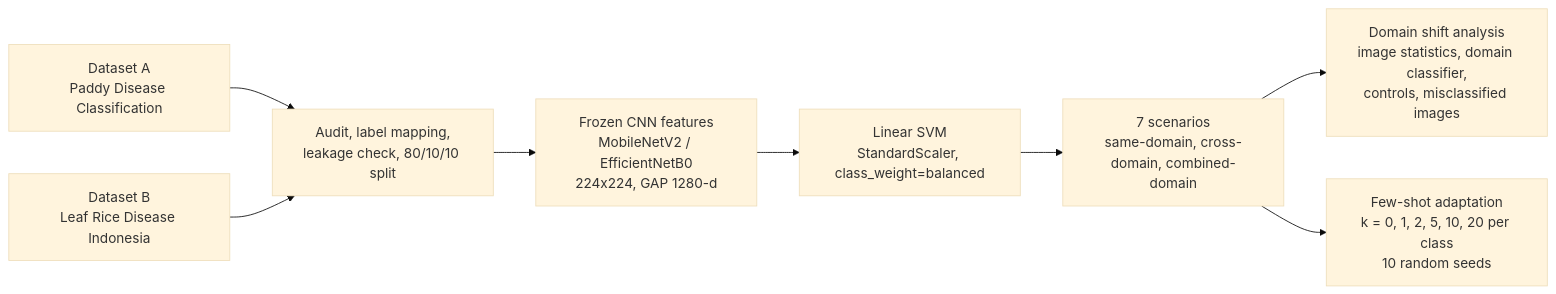
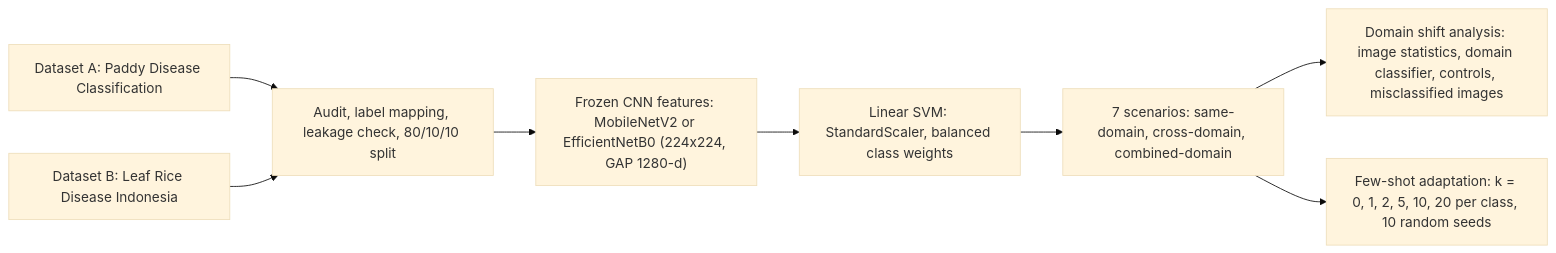
The diagram in README.md (arumm25/rice-leaf-cross-domain), drawn with Mermaid (base theme) before and after one commit. The commit also changed other lines of this file, not shown here.

Commit message:
Update README with project overview and results

````diff
--- a/README.md
+++ b/README.md
@@ -19,10 +19,10 @@
 ```mermaid
 flowchart LR
-    A[Dataset A<br/>Paddy Disease Classification] --> P
-    B[Dataset B<br/>Leaf Rice Disease Indonesia] --> P
-    P[Audit, label mapping,<br/>leakage check, 80/10/10 split] --> F
-    F[Frozen CNN features<br/>MobileNetV2 / EfficientNetB0<br/>224x224, GAP 1280-d] --> S[Linear SVM<br/>StandardScaler, class_weight=balanced]
-    S --> E[7 scenarios<br/>same-domain, cross-domain, combined-domain]
-    E --> D[Domain shift analysis<br/>image statistics, domain classifier,<br/>controls, misclassified images]
-    E --> K[Few-shot adaptation<br/>k = 0, 1, 2, 5, 10, 20 per class<br/>10 random seeds]
+    A["Dataset A: Paddy Disease Classification"] --> P
+    B["Dataset B: Leaf Rice Disease Indonesia"] --> P
+    P["Audit, label mapping, leakage check, 80/10/10 split"] --> F
+    F["Frozen CNN features: MobileNetV2 or EfficientNetB0 (224x224, GAP 1280-d)"] --> S["Linear SVM: StandardScaler, balanced class weights"]
+    S --> E["7 scenarios: same-domain, cross-domain, combined-domain"]
+    E --> D["Domain shift analysis: image statistics, domain classifier, controls, misclassified images"]
+    E --> K["Few-shot adaptation: k = 0, 1, 2, 5, 10, 20 per class, 10 random seeds"]
 ```
````
